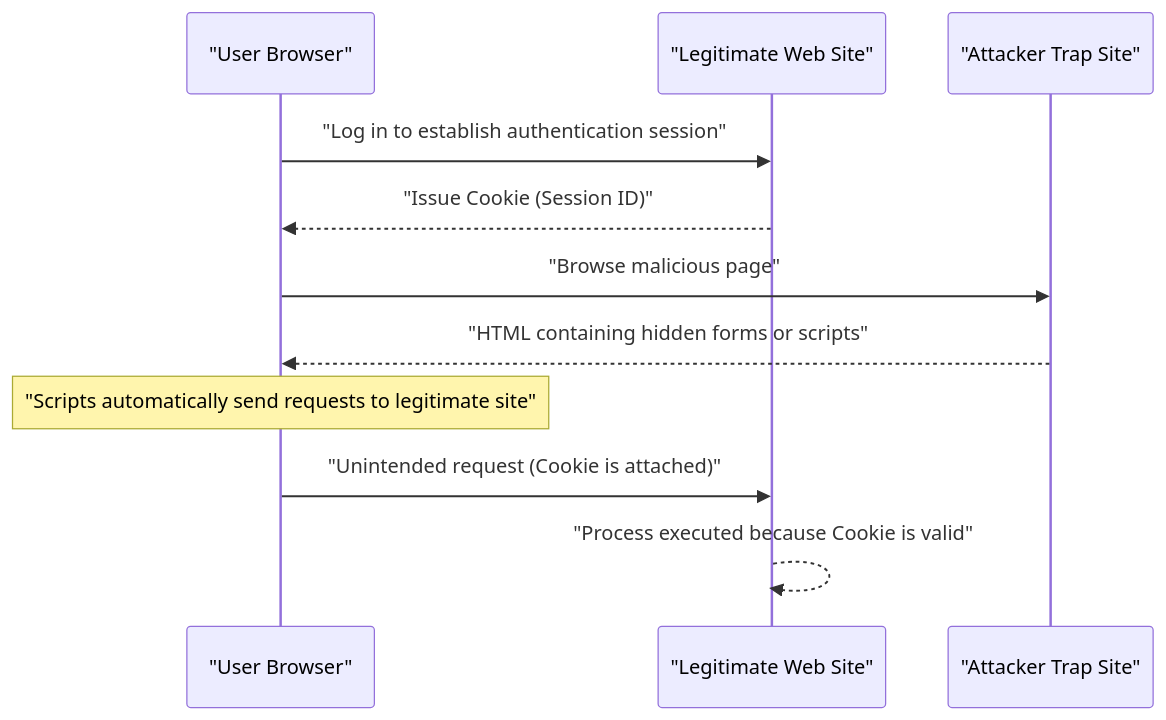
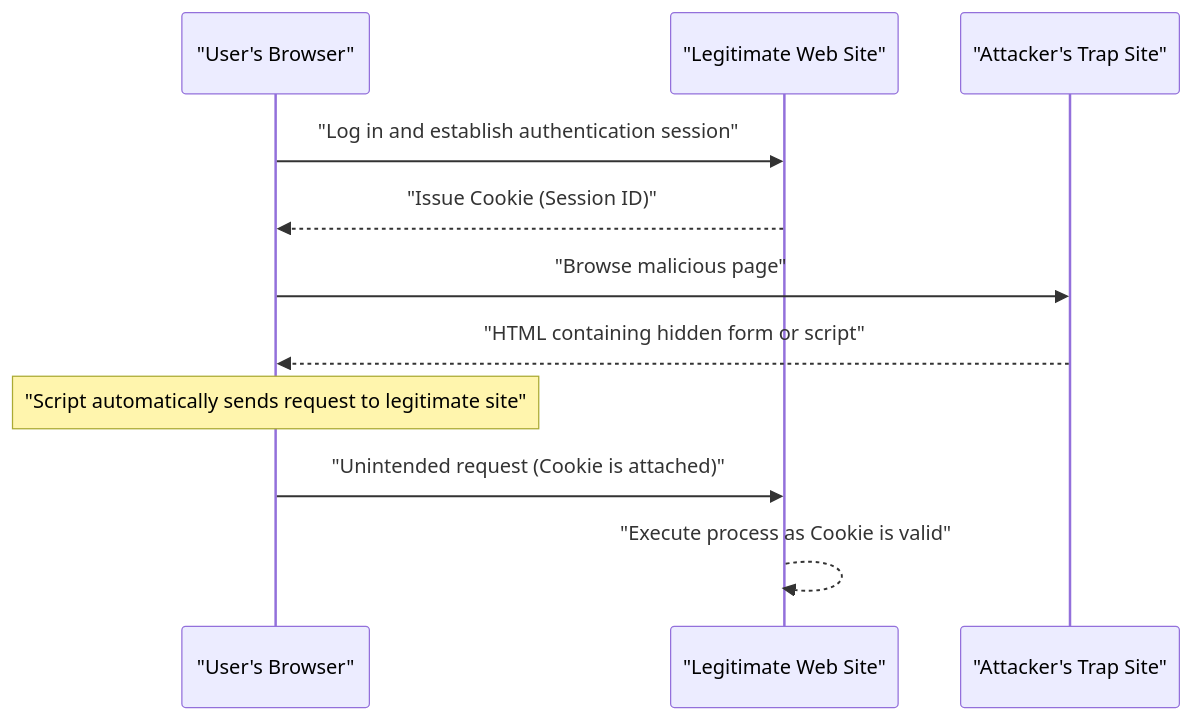
The second of 2 diagrams in content/post/web-application-vulnerability-owasp-top-10/index.en.md (kenjinote/blog), drawn with Mermaid before and after one commit. The commit also changed other lines of this file and 12 other files, not shown here.

````diff
--- a/content/post/web-application-vulnerability-owasp-top-10/index.en.md
+++ b/content/post/web-application-vulnerability-owasp-top-10/index.en.md
@@ -232,16 +232,16 @@
 ```mermaid
 sequenceDiagram
-    participant "User Browser"
+    participant "User's Browser"
     participant "Legitimate Web Site"
-    participant "Attacker Trap Site"
+    participant "Attacker's Trap Site"
 
-    "User Browser"->>"Legitimate Web Site": "Log in to establish authentication session"
-    "Legitimate Web Site"-->>"User Browser": "Issue Cookie (Session ID)"
+    "User's Browser"->>"Legitimate Web Site": "Log in and establish authentication session"
+    "Legitimate Web Site"-->>"User's Browser": "Issue Cookie (Session ID)"
     
-    "User Browser"->>"Attacker Trap Site": "Browse malicious page"
-    "Attacker Trap Site"-->>"User Browser": "HTML containing hidden forms or scripts"
+    "User's Browser"->>"Attacker's Trap Site": "Browse malicious page"
+    "Attacker's Trap Site"-->>"User's Browser": "HTML containing hidden form or script"
     
-    Note over "User Browser": "Scripts automatically send requests to legitimate site"
-    "User Browser"->>"Legitimate Web Site": "Unintended request (Cookie is attached)"
-    "Legitimate Web Site"-->>"Legitimate Web Site": "Process executed because Cookie is valid"
+    Note over "User's Browser": "Script automatically sends request to legitimate site"
+    "User's Browser"->>"Legitimate Web Site": "Unintended request (Cookie is attached)"
+    "Legitimate Web Site"-->>"Legitimate Web Site": "Execute process as Cookie is valid"
 ```
````
